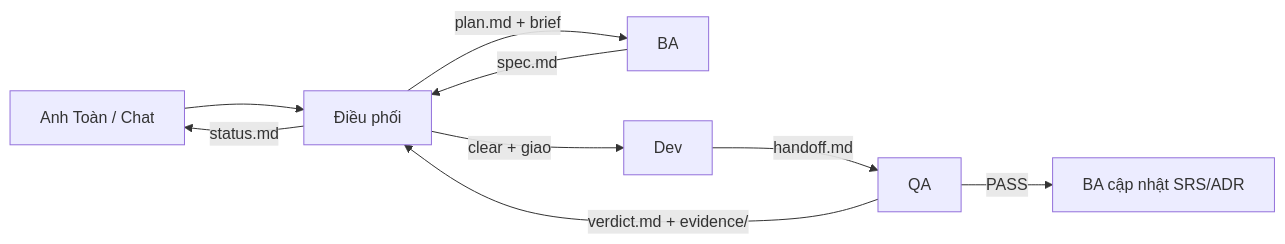
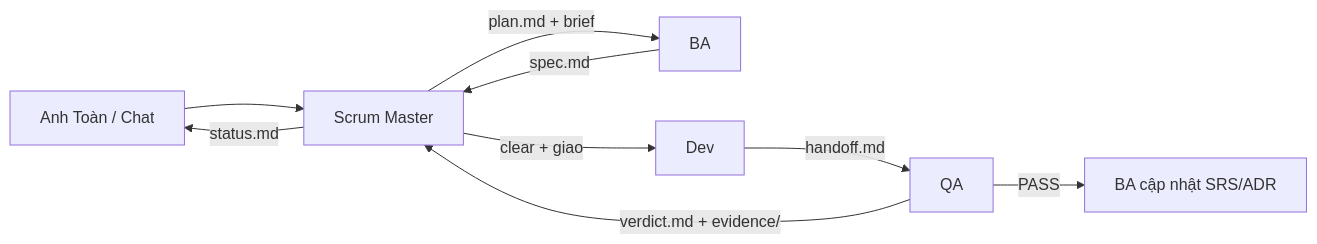
Before and after one commit to hvantoan/dev-team: the diagram in FLOW.md, drawn with Mermaid. The commit also changed other lines of this file and 3 other files, not shown here.

````diff
--- a/FLOW.md
+++ b/FLOW.md
@@ -7,11 +7,11 @@
 ```mermaid
 flowchart LR
-    U[Anh Toàn / Chat] --> C[Điều phối]
+    U[Anh Toàn / Chat] --> C[Scrum Master]
     C -->|plan.md + brief| B[BA]
     B -->|spec.md| C
     C -->|clear + giao| D[Dev]
     D -->|handoff.md| Q[QA]
     Q -->|verdict.md + evidence/| C
     Q -->|PASS| B2[BA cập nhật SRS/ADR]
     C -->|status.md| U
 ```
````
